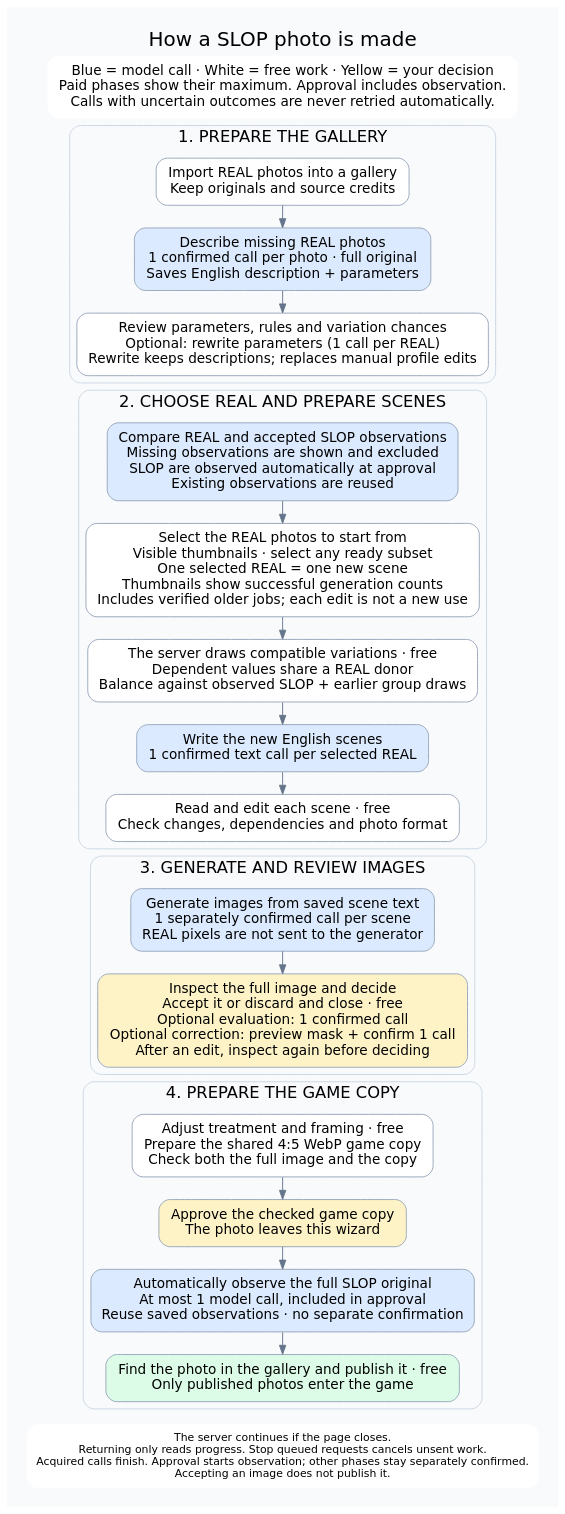
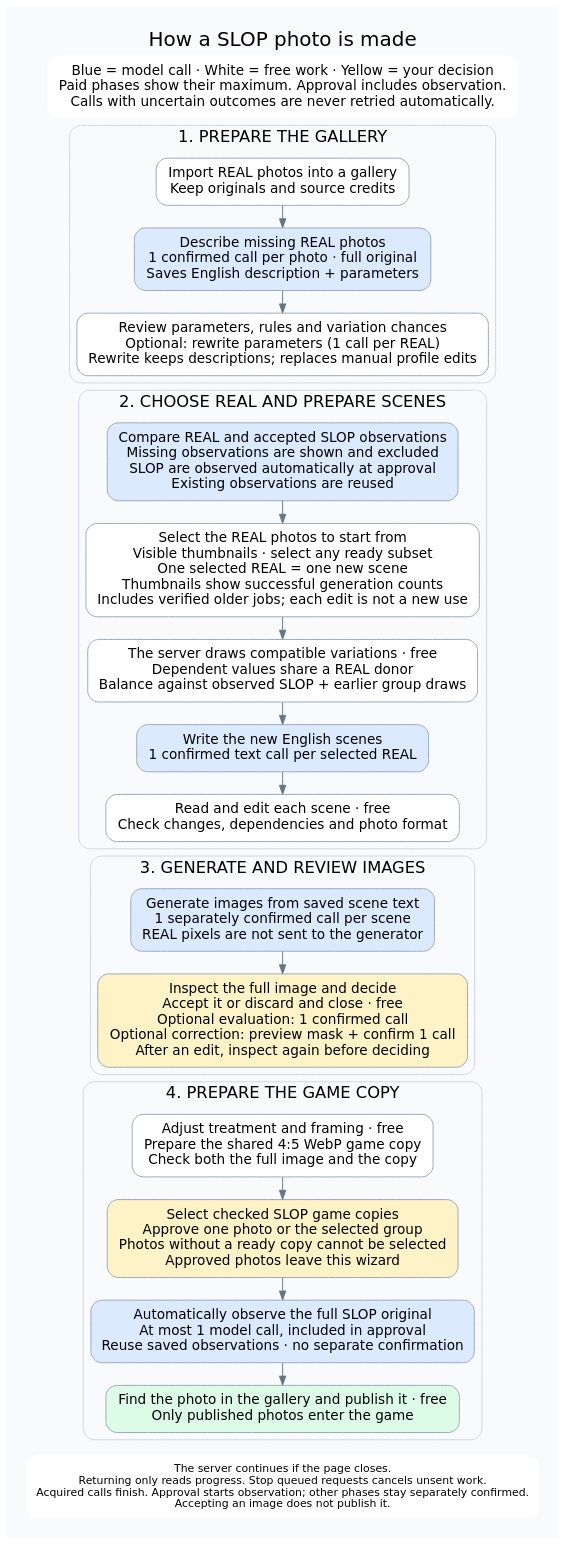
The diagram in docs/assets/pipeline-slop.dot (rickymusu-bit/real-or-slop), drawn with Graphviz before and after one commit. The commit also changed 13 other files, not shown here.

```diff
--- a/docs/assets/pipeline-slop.dot
+++ b/docs/assets/pipeline-slop.dot
@@ -1,39 +1,39 @@
 digraph pipeline {
  graph [rankdir=TB,bgcolor="#f8fafc",pad="0.3",nodesep="0.3",ranksep="0.35",fontname="DejaVu Sans",fontsize=22,label="How a SLOP photo is made",labelloc=t,compound=true];
  node [shape=box,style="rounded,filled",fillcolor=white,color="#94a3b8",fontname="DejaVu Sans",fontsize=15,margin="0.18,0.12"];
  edge [color="#64748b",fontname="DejaVu Sans",fontsize=12];
  legend [shape=plaintext,label="Blue = model call · White = free work · Yellow = your decision\nPaid phases show their maximum. Approval includes observation.\nCalls with uncertain outcomes are never retried automatically."];
  subgraph cluster_prepare {
   label="1. PREPARE THE GALLERY"; color="#cbd5e1"; style=rounded; fontsize=18;
   real [label="Import REAL photos into a gallery\nKeep originals and source credits"];
   describe [label="Describe missing REAL photos\n1 confirmed call per photo · full original\nSaves English description + parameters",fillcolor="#dbeafe"];
   settings [label="Review parameters, rules and variation chances\nOptional: rewrite parameters (1 call per REAL)\nRewrite keeps descriptions; replaces manual profile edits"];
   real -> describe -> settings;
  }
  subgraph cluster_choose {
   label="2. CHOOSE REAL AND PREPARE SCENES";color="#cbd5e1";style=rounded;fontsize=18;
   choose [label="Select the REAL photos to start from\nVisible thumbnails · select any ready subset\nOne selected REAL = one new scene\nThumbnails show successful generation counts\nIncludes verified older jobs; each edit is not a new use"];
   coverage [label="Compare REAL and accepted SLOP observations\nMissing observations are shown and excluded\nSLOP are observed automatically at approval\nExisting observations are reused",fillcolor="#dbeafe"];
   draw [label="The server draws compatible variations · free\nDependent values share a REAL donor\nBalance against observed SLOP + earlier group draws"];
   scene [label="Write the new English scenes\n1 confirmed text call per selected REAL",fillcolor="#dbeafe"];
   review [label="Read and edit each scene · free\nCheck changes, dependencies and photo format"];
   coverage -> choose -> draw -> scene -> review;
  }
  subgraph cluster_images {
   label="3. GENERATE AND REVIEW IMAGES";color="#cbd5e1";style=rounded;fontsize=18;
   generate [label="Generate images from saved scene text\n1 separately confirmed call per scene\nREAL pixels are not sent to the generator",fillcolor="#dbeafe"];
   inspect [label="Inspect the full image and decide\nAccept it or discard and close · free\nOptional evaluation: 1 confirmed call\nOptional correction: preview mask + confirm 1 call\nAfter an edit, inspect again before deciding",fillcolor="#fef3c7"];
   generate -> inspect;
 
  }
  subgraph cluster_finish {
   label="4. PREPARE THE GAME COPY";color="#cbd5e1";style=rounded;fontsize=18;
   copy [label="Adjust treatment and framing · free\nPrepare the shared 4:5 WebP game copy\nCheck both the full image and the copy"];
-  approve [label="Approve the checked game copy\nThe photo leaves this wizard",fillcolor="#fef3c7"];
+  approve [label="Select checked SLOP game copies\nApprove one photo or the selected group\nPhotos without a ready copy cannot be selected\nApproved photos leave this wizard",fillcolor="#fef3c7"];
   observe [label="Automatically observe the full SLOP original\nAt most 1 model call, included in approval\nReuse saved observations · no separate confirmation",fillcolor="#dbeafe"];
   publish [label="Find the photo in the gallery and publish it · free\nOnly published photos enter the game",fillcolor="#dcfce7"];
   copy -> approve -> observe -> publish;
  }
  notes [shape=plaintext,fontsize=12,label="The server continues if the page closes.\nReturning only reads progress. Stop queued requests cancels unsent work.\nAcquired calls finish. Approval starts observation; other phases stay separately confirmed.\nAccepting an image does not publish it."];
  legend -> real [style=invis];settings -> coverage [style=invis];review -> generate [style=invis];inspect -> copy [style=invis];publish -> notes [style=invis];
 }
```
